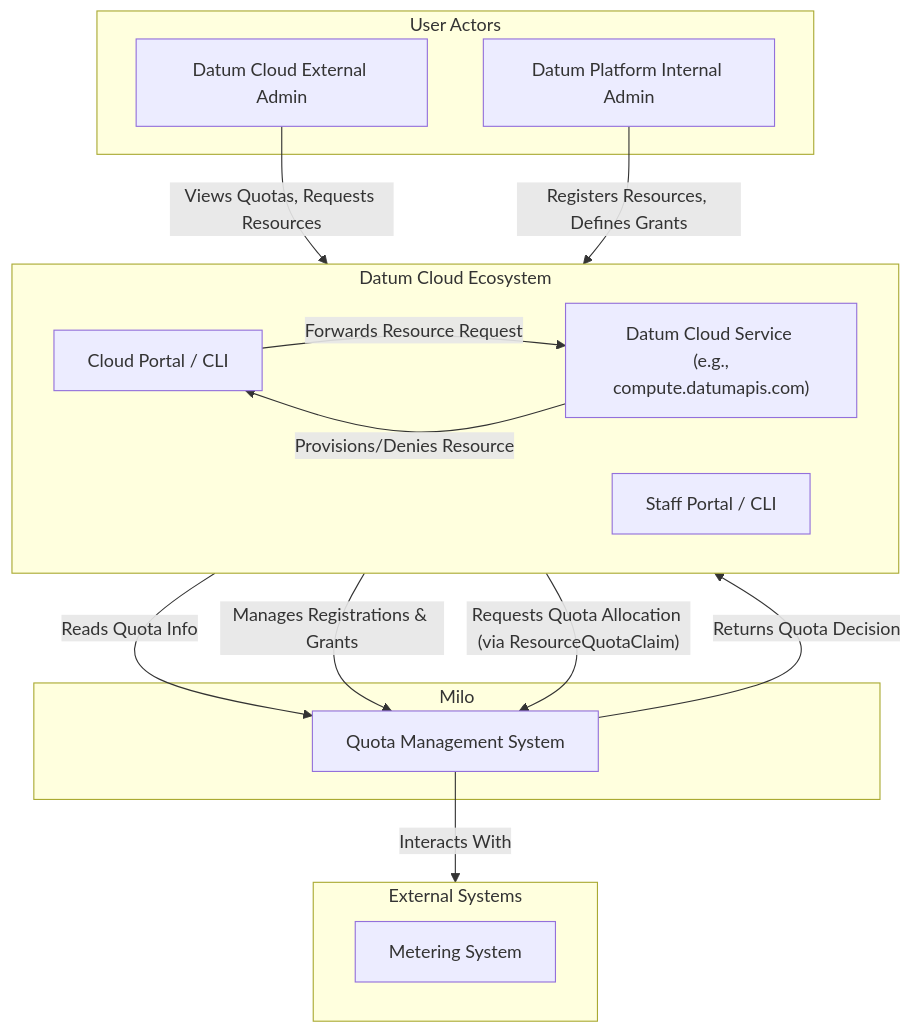
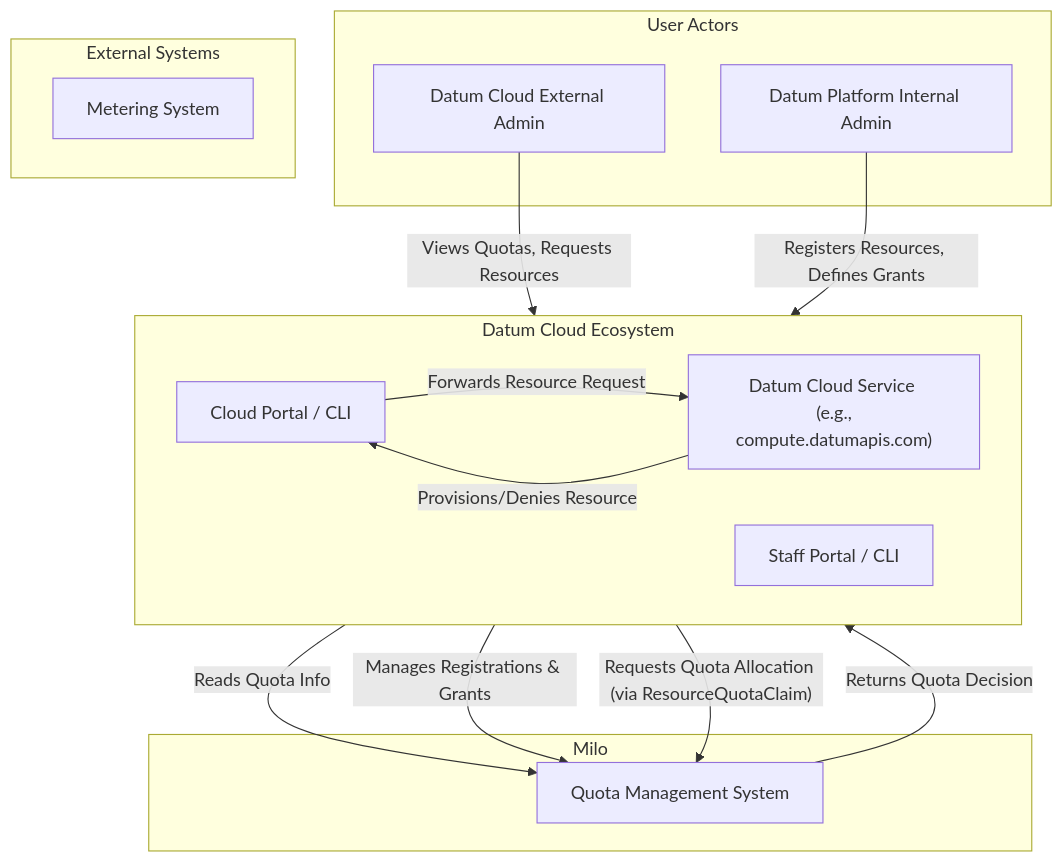
One commit to datum-cloud/enhancements changed the first of 7 diagrams in enhancements/platform/quota-management/README.md. Above: the diagram before and after it, drawn with Mermaid. The commit also changed other lines of this file, not shown here.

Commit message:
enh(quota): re-add accidentally removed resourceRef

````diff
--- a/enhancements/platform/quota-management/README.md
+++ b/enhancements/platform/quota-management/README.md
@@ -1244,40 +1173,38 @@
 ```mermaid
 %% C1 - System Context Diagram: Milo Quota Management System
 graph TD
     subgraph User Actors
         ExternalAdmin["Datum Cloud External Admin"]
         DatumPlatformAdminEmployee["Datum Platform Internal Admin"]
     end
 
     subgraph DatumCloudEcosystem["Datum Cloud Ecosystem"]
         direction LR
         CloudPortalCLI["Cloud Portal / CLI"]
         StaffPortalCLI["Staff Portal / CLI"]
         PCPService["Datum Cloud Service <br> (e.g., compute.datumapis.com)"]
     end
 
     subgraph MiloCentralServices ["Milo"]
         QuotaSystem["Quota Management System"]
     end
-
-    QuotaSystem -- "Interacts With" --> ExternalSystems
 
     subgraph ExternalSystems["External Systems"]
         MeteringSystem["Metering System"]
     end
 
     %% External Admin interactions
     ExternalAdmin -- "Views Quotas, Requests Resources" --> CloudPortalCLI
     CloudPortalCLI -- "Forwards Resource Request" --> PCPService
     CloudPortalCLI -- "Reads Quota Info" --> QuotaSystem
 
     %% Internal Admin interactions
     DatumPlatformAdminEmployee -- "Registers Resources, Defines Grants" --> StaffPortalCLI
     StaffPortalCLI -- "Manages Registrations & Grants" --> QuotaSystem
 
     %% System interactions
     PCPService -- "Requests Quota Allocation (via ResourceQuotaClaim)" --> QuotaSystem
     QuotaSystem -- "Returns Quota Decision" --> PCPService
     PCPService -- "Provisions/Denies Resource" --> CloudPortalCLI
 
 ```
````
